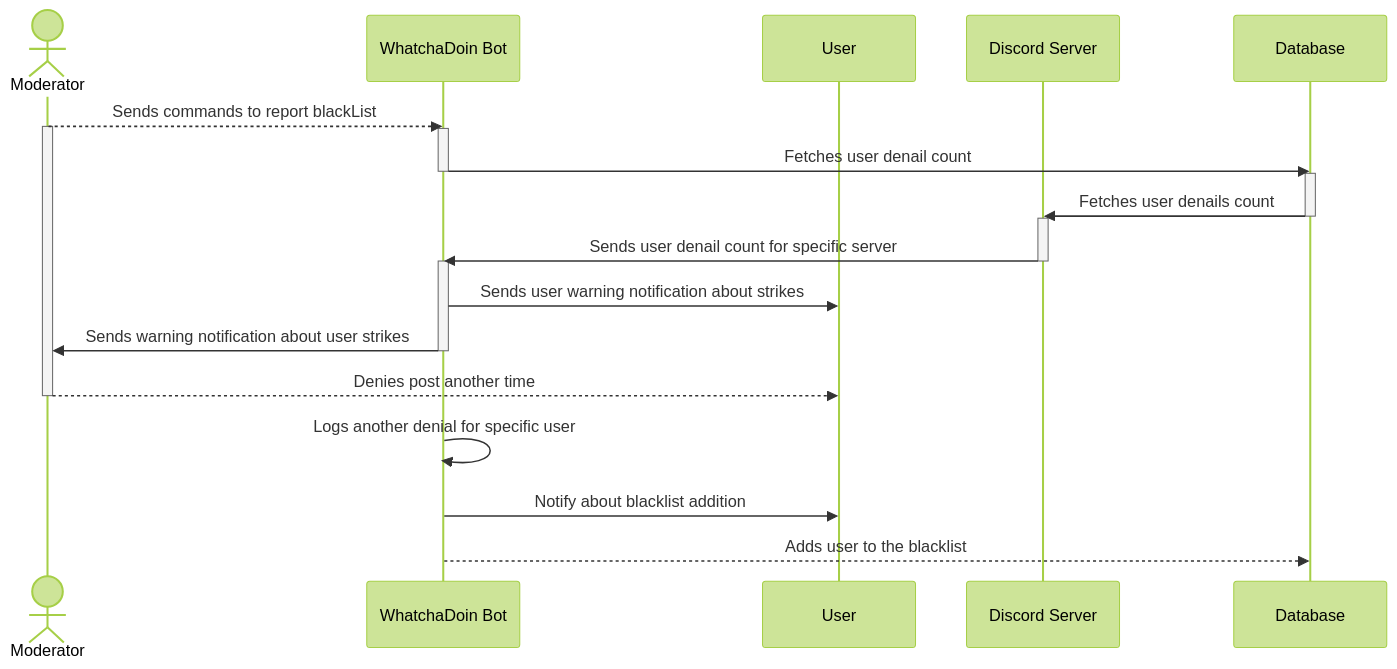
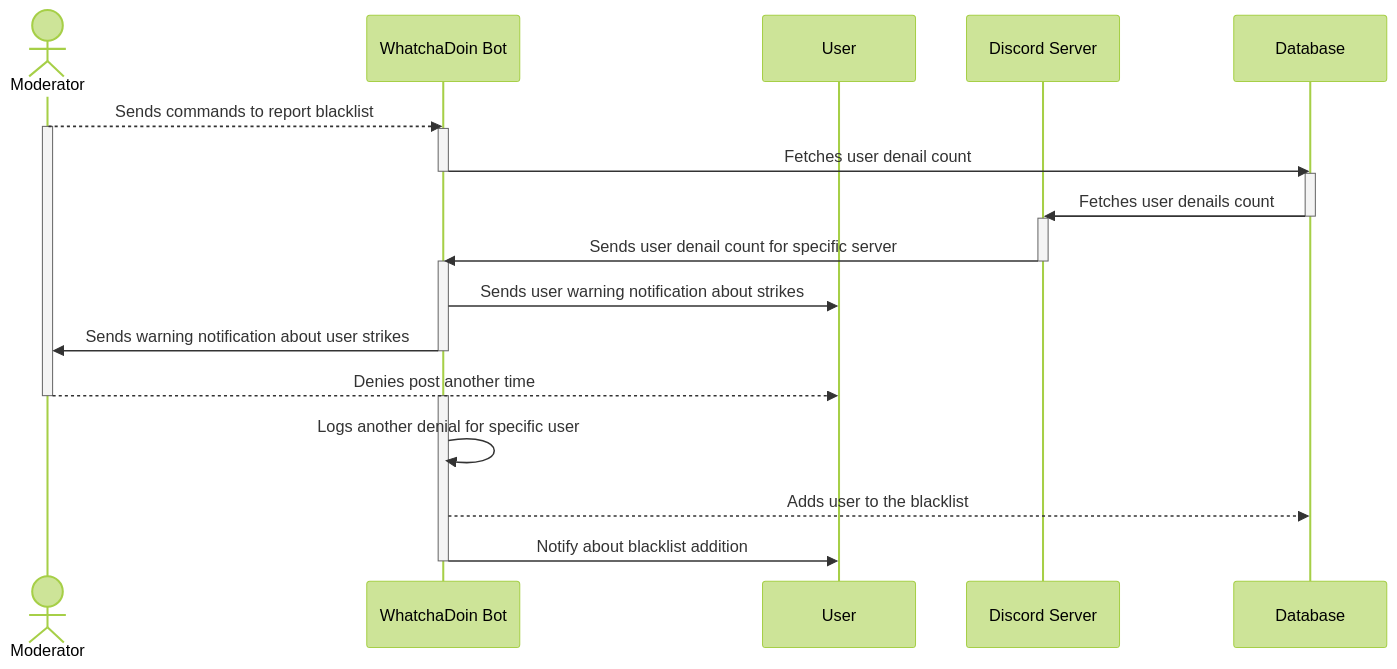
Before and after one commit to Capstone-Projects-2023-Fall/project-bereal-meets-slack: diagram 13 of 15 in documentation/docs/system-architecture/design.md, drawn with Mermaid (forest theme). The commit also changed other lines of this file, not shown here.

````diff
--- a/documentation/docs/system-architecture/design.md
+++ b/documentation/docs/system-architecture/design.md
@@ -615,31 +615,33 @@
 ```mermaid
 
 sequenceDiagram
     actor Moderator as Moderator
     participant WhatchaDoinBot as WhatchaDoin Bot
     participant User as User
     participant Discord as Discord Server
     participant Database as Database
 
-    Moderator -->> WhatchaDoinBot: Sends commands to report blackList
+    Moderator -->> WhatchaDoinBot: Sends commands to report blacklist
     activate Moderator
     activate WhatchaDoinBot
     WhatchaDoinBot ->> Database: Fetches user denail count
     deactivate WhatchaDoinBot
     activate Database
     Database ->> Discord: Fetches user denails count
     deactivate Database
     activate Discord
     Discord ->> WhatchaDoinBot: Sends user denail count for specific server
     activate WhatchaDoinBot
     deactivate Discord
     WhatchaDoinBot ->> User: Sends user warning notification about strikes
     WhatchaDoinBot ->> Moderator: Sends warning notification about user strikes
     deactivate WhatchaDoinBot
     Moderator -->> User: Denies post another time
     deactivate Moderator
+    activate WhatchaDoinBot
     WhatchaDoinBot ->> WhatchaDoinBot: Logs another denial for specific user
+    WhatchaDoinBot -->> Database: Adds user to the blacklist
     WhatchaDoinBot ->> User: Notify about blacklist addition
-    WhatchaDoinBot -->> Database: Adds user to the blacklist
+    deactivate WhatchaDoinBot
 
 ```
````
